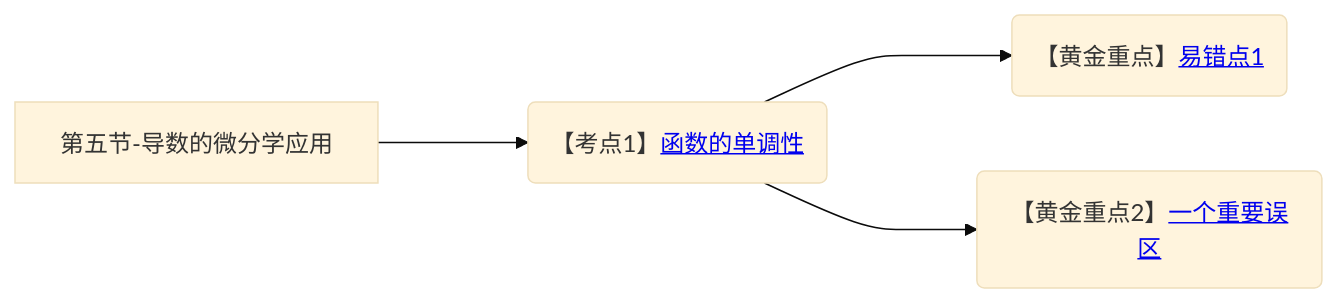
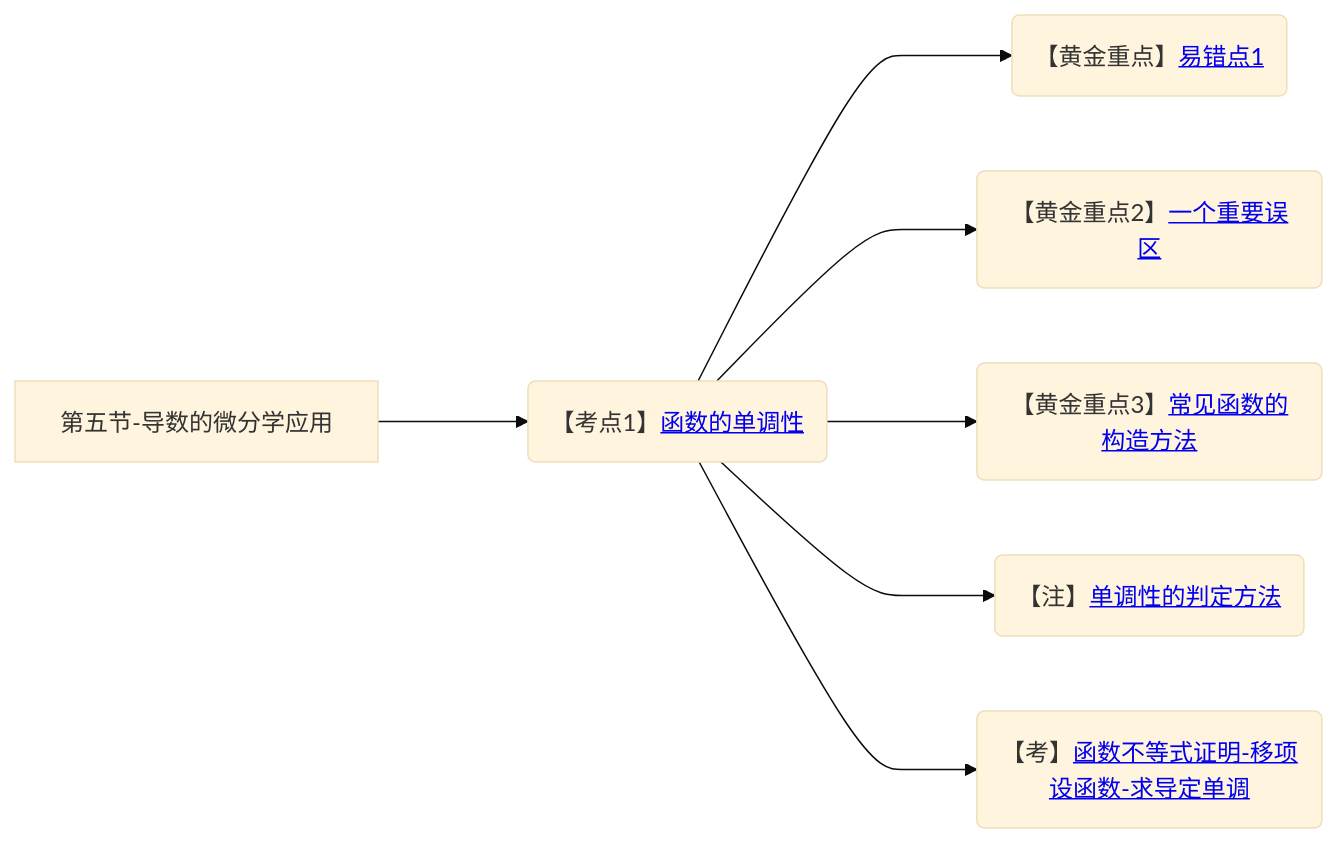
Diagram 15 of 15 in 笔记/数学/周洋鑫/01.基础班思维导图.md (yuebinghui/note), drawn with Mermaid (base theme) before and after one commit. The commit also changed 5 other files, not shown here.

````diff
--- a/笔记/数学/周洋鑫/01.基础班思维导图.md
+++ b/笔记/数学/周洋鑫/01.基础班思维导图.md
@@ -530,8 +530,11 @@
 ```mermaid
 graph LR
 第五节-导数的微分学应用
 
 第五节-导数的微分学应用--->函数的单调性(【考点1】<a href="/Users/yuebinghui/Documents/program/github/note/笔记/数学/周洋鑫/基础班/15.导数的微分学应用_1.md#函数的单调性">函数的单调性</>)
 函数的单调性--->易错点1(【黄金重点】<a href="/Users/yuebinghui/Documents/program/github/note/笔记/数学/周洋鑫/基础班/15.导数的微分学应用_1.md#易错点1">易错点1</>)
 函数的单调性--->一个重要误区(【黄金重点2】<a href="/Users/yuebinghui/Documents/program/github/note/笔记/数学/周洋鑫/基础班/15.导数的微分学应用_1.md#一个重要误区">一个重要误区</>)
+函数的单调性--->常见函数的构造方法(【黄金重点3】<a href="/Users/yuebinghui/Documents/program/github/note/笔记/数学/周洋鑫/基础班/15.导数的微分学应用_1.md#常见函数的构造方法">常见函数的构造方法</>)
+函数的单调性--->单调性的判定方法(【注】<a href="/Users/yuebinghui/Documents/program/github/note/笔记/数学/周洋鑫/基础班/15.导数的微分学应用_1.md#单调性的判定方法">单调性的判定方法</>)
+函数的单调性--->函数不等式证明-移项设函数-求导定单调(【考】<a href="/Users/yuebinghui/Documents/program/github/note/笔记/数学/周洋鑫/基础班/15.导数的微分学应用_1.md#函数不等式证明-移项设函数-求导定单调">函数不等式证明-移项设函数-求导定单调</>)
 ```
````
